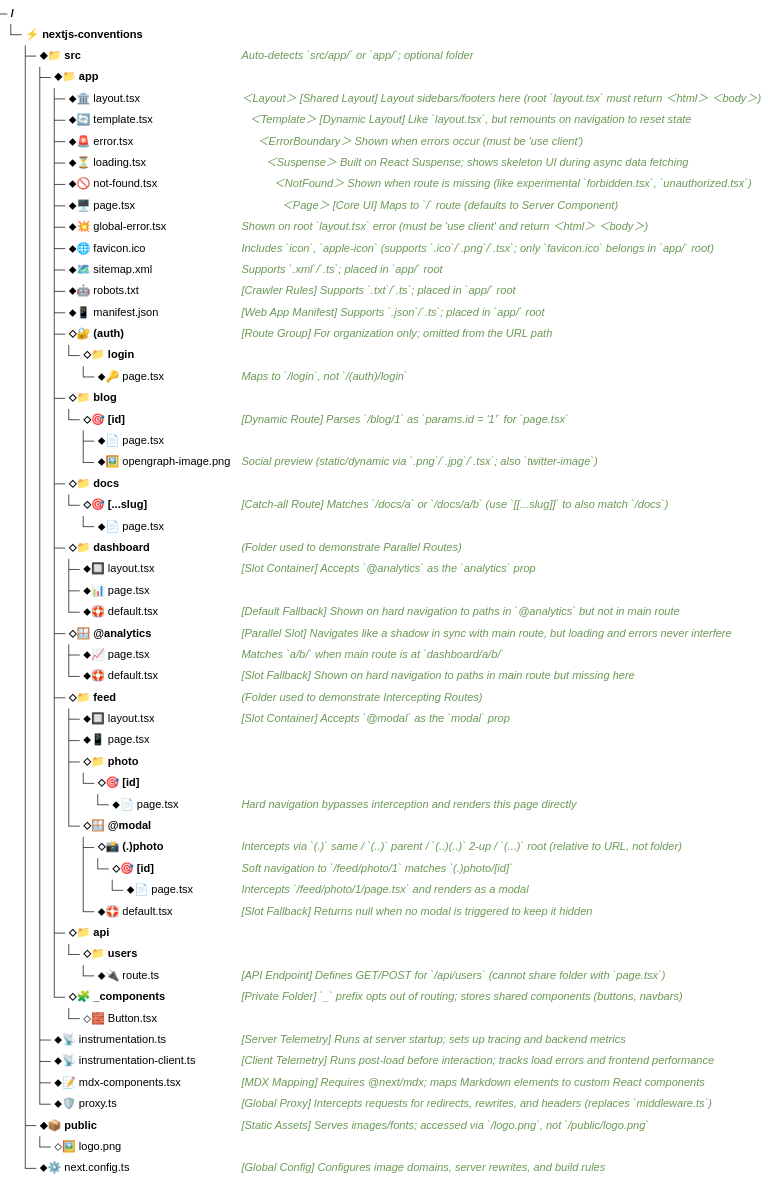
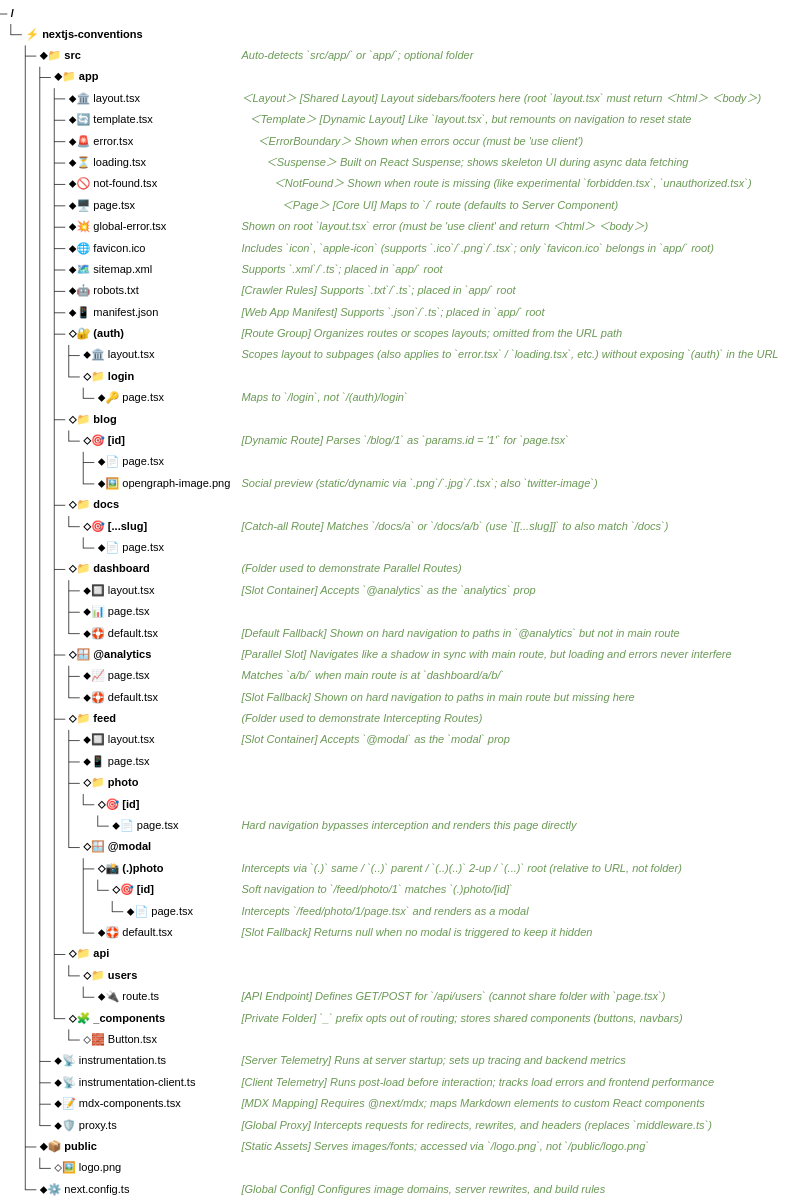
One commit to moonyoulove/nextjs-conventions-cheatsheet changed the diagram in README.md. Above: the diagram before and after it, drawn with Mermaid. The commit also changed 1 other file, not shown here.

Commit message:
docs: add layout.tsx under route group and refine descriptions

````diff
--- a/README.md
+++ b/README.md
@@ -7,64 +7,65 @@
 ```mermaid
 ---
 config:
   treeView:
     showIcons: false
     rowIndent: 16
     paddingY: 6
 ---
 treeView-beta
 ⚡ nextjs-conventions/
   ⬥📁 src/ ## Auto-detects `src/app/` or `app/`; optional folder
     ⬥📁 app/
       ⬥🏛️ layout.tsx ## ＜Layout＞ [Shared Layout] Layout sidebars/footers here (root `layout.tsx` must return ＜html＞ ＜body＞)
       ⬥🔄 template.tsx ## ⠀＜Template＞ [Dynamic Layout] Like `layout.tsx`, but remounts on navigation to reset state
       ⬥🚨 error.tsx ## ⠀⠀＜ErrorBoundary＞ Shown when errors occur (must be 'use client')
       ⬥⏳ loading.tsx ## ⠀⠀⠀＜Suspense＞ Built on React Suspense; shows skeleton UI during async data fetching
       ⬥🚫 not-found.tsx ## ⠀⠀⠀⠀＜NotFound＞ Shown when route is missing (like experimental `forbidden.tsx`, `unauthorized.tsx`)
       ⬥🖥️ page.tsx ## ⠀⠀⠀⠀⠀＜Page＞ [Core UI] Maps to `/` route (defaults to Server Component)
       ⬥💥 global-error.tsx ## Shown on root `layout.tsx` error (must be 'use client' and return ＜html＞ ＜body＞)
       ⬥🌐 favicon.ico ## Includes `icon`, `apple-icon` (supports `.ico`/`.png`/`.tsx`; only `favicon.ico` belongs in `app/` root)
       ⬥🗺️ sitemap.xml ## Supports `.xml`/`.ts`; placed in `app/` root
       ⬥🤖 robots.txt ## [Crawler Rules] Supports `.txt`/`.ts`; placed in `app/` root
       ⬥📱 manifest.json ## [Web App Manifest] Supports `.json`/`.ts`; placed in `app/` root
-      ⬦🔐 (auth)/ ## [Route Group] For organization only; omitted from the URL path
+      ⬦🔐 (auth)/ ## [Route Group] Organizes routes or scopes layouts; omitted from the URL path
+        ⬥🏛️ layout.tsx ## Scopes layout to subpages (also applies to `error.tsx` / `loading.tsx`, etc.) without exposing `(auth)` in the URL
         ⬦📁 login/
           ⬥🔑 page.tsx ## Maps to `/login`, not `/(auth)/login`
       ⬦📁 blog/
         ⬦🎯 [id]/ ## [Dynamic Route] Parses `/blog/1` as `params.id = '1'` for `page.tsx`
           ⬥📄 page.tsx
           ⬥🖼️ opengraph-image.png ## Social preview (static/dynamic via `.png`/`.jpg`/`.tsx`; also `twitter-image`)
       ⬦📁 docs/
         ⬦🎯 [...slug]/ ## [Catch-all Route] Matches `/docs/a` or `/docs/a/b` (use `[[...slug]]` to also match `/docs`)
           ⬥📄 page.tsx
       ⬦📁 dashboard/ ## (Folder used to demonstrate Parallel Routes)
         ⬥🔲 layout.tsx ## [Slot Container] Accepts `@analytics` as the `analytics` prop
         ⬥📊 page.tsx
         ⬥🛟 default.tsx ## [Default Fallback] Shown on hard navigation to paths in `@analytics` but not in main route
       ⬦🪟 @analytics/ ## [Parallel Slot] Navigates like a shadow in sync with main route, but loading and errors never interfere
           ⬥📈 page.tsx ## Matches `a/b/` when main route is at `dashboard/a/b/`
           ⬥🛟 default.tsx ## [Slot Fallback] Shown on hard navigation to paths in main route but missing here
       ⬦📁 feed/ ## (Folder used to demonstrate Intercepting Routes)
         ⬥🔲 layout.tsx ## [Slot Container] Accepts `@modal` as the `modal` prop
         ⬥📱 page.tsx
         ⬦📁 photo/
           ⬦🎯 [id]/
             ⬥📄 page.tsx ## Hard navigation bypasses interception and renders this page directly
         ⬦🪟 @modal/
           ⬦📸 (.)photo/ ## Intercepts via `(.)` same / `(..)` parent / `(..)(..)` 2-up / `(...)` root (relative to URL, not folder)
             ⬦🎯 [id]/ ## Soft navigation to `/feed/photo/1` matches `(.)photo/[id]`
               ⬥📄 page.tsx ## Intercepts `/feed/photo/1/page.tsx` and renders as a modal
           ⬥🛟 default.tsx ## [Slot Fallback] Returns null when no modal is triggered to keep it hidden
       ⬦📁 api/
         ⬦📁 users/
           ⬥🔌 route.ts ## [API Endpoint] Defines GET/POST for `/api/users` (cannot share folder with `page.tsx`)
       ⬦🧩 _components/ ## [Private Folder] `_` prefix opts out of routing; stores shared components (buttons, navbars)
         ⬦🧱 Button.tsx
     ⬥📡 instrumentation.ts ## [Server Telemetry] Runs at server startup; sets up tracing and backend metrics
     ⬥📡 instrumentation-client.ts ## [Client Telemetry] Runs post-load before interaction; tracks load errors and frontend performance
     ⬥📝 mdx-components.tsx ## [MDX Mapping] Requires @next/mdx; maps Markdown elements to custom React components
     ⬥🛡️ proxy.ts ## [Global Proxy] Intercepts requests for redirects, rewrites, and headers (replaces `middleware.ts`)
   ⬥📦 public/ ## [Static Assets] Serves images/fonts; accessed via `/logo.png`, not `/public/logo.png`
     ⬦🖼️ logo.png
   ⬥⚙️ next.config.ts ## [Global Config] Configures image domains, server rewrites, and build rules
 ```
````
